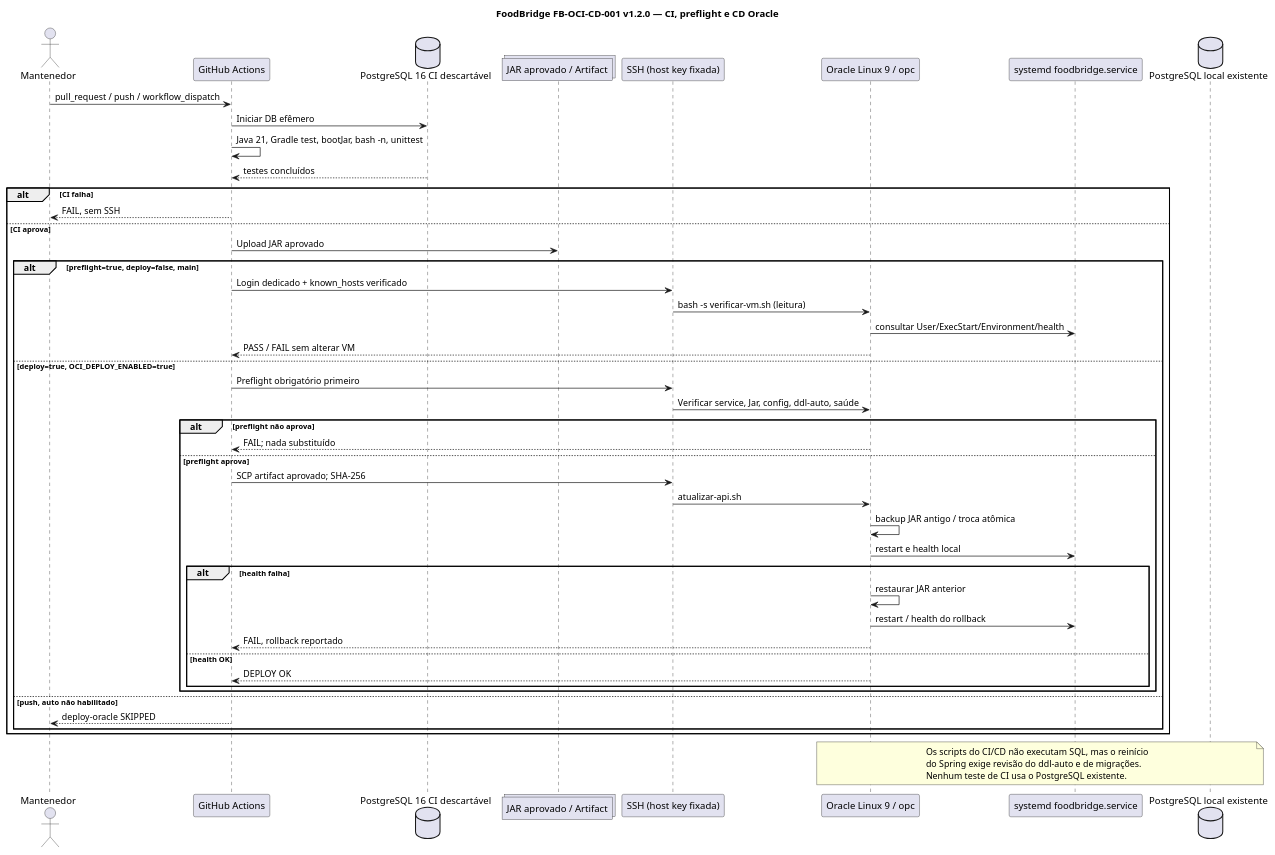
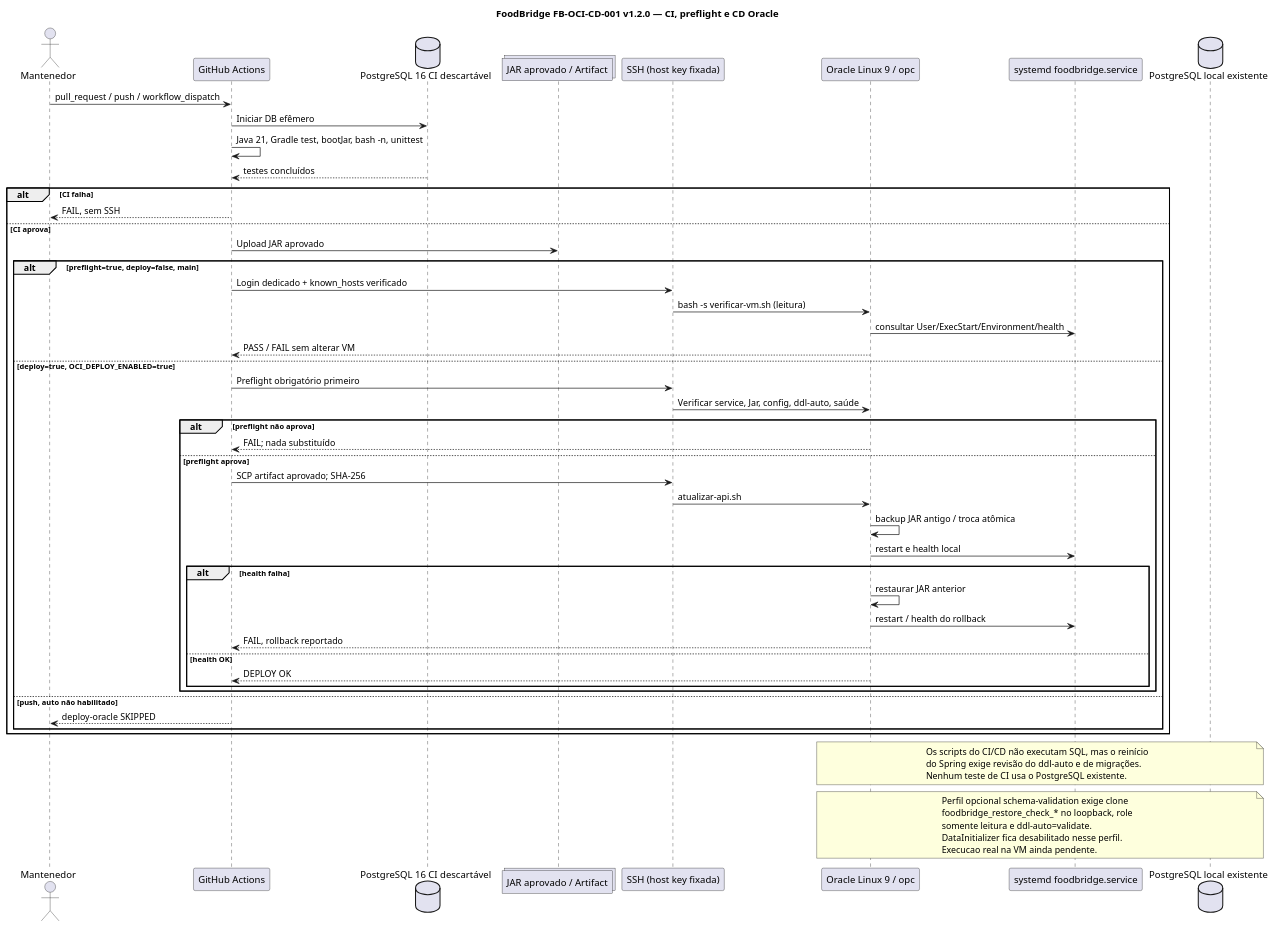
One commit to DanieldeAlmeida2024/FoodBridge-API-Kotlin changed the diagram in docs/uml/17_pipeline_oracle_cicd.puml. Above: the diagram before and after it, drawn with PlantUML. The commit also changed 4 other files, not shown here.

Commit message:
docs(oracle): version clone-only Hibernate validation safety and test plan

```diff
--- a/docs/uml/17_pipeline_oracle_cicd.puml
+++ b/docs/uml/17_pipeline_oracle_cicd.puml
@@ -1,52 +1,59 @@
 @startuml
 title FoodBridge FB-OCI-CD-001 v1.2.0 — CI, preflight e CD Oracle
 actor "Mantenedor" as Maintainer
 participant "GitHub Actions" as GH
 database "PostgreSQL 16 CI descartável" as CIPG
 collections "JAR aprovado / Artifact" as Artifact
 participant "SSH (host key fixada)" as SSH
 participant "Oracle Linux 9 / opc" as VM
 participant "systemd foodbridge.service" as Service
 database "PostgreSQL local existente" as ProdPG
 
 Maintainer -> GH : pull_request / push / workflow_dispatch
 GH -> CIPG : Iniciar DB efêmero
 GH -> GH : Java 21, Gradle test, bootJar, bash -n, unittest
 CIPG --> GH : testes concluídos
 alt CI falha
   GH --> Maintainer : FAIL, sem SSH
 else CI aprova
   GH -> Artifact : Upload JAR aprovado
   alt preflight=true, deploy=false, main
     GH -> SSH : Login dedicado + known_hosts verificado
     SSH -> VM : bash -s verificar-vm.sh (leitura)
     VM -> Service : consultar User/ExecStart/Environment/health
     VM --> GH : PASS / FAIL sem alterar VM
   else deploy=true, OCI_DEPLOY_ENABLED=true
     GH -> SSH : Preflight obrigatório primeiro
     SSH -> VM : Verificar service, Jar, config, ddl-auto, saúde
     alt preflight não aprova
       VM --> GH : FAIL; nada substituído
     else preflight aprova
       GH -> SSH : SCP artifact aprovado; SHA-256
       SSH -> VM : atualizar-api.sh
       VM -> VM : backup JAR antigo / troca atômica
       VM -> Service : restart e health local
       alt health falha
         VM -> VM : restaurar JAR anterior
         VM -> Service : restart / health do rollback
         VM --> GH : FAIL, rollback reportado
       else health OK
         VM --> GH : DEPLOY OK
       end
     end
   else push, auto não habilitado
     GH --> Maintainer : deploy-oracle SKIPPED
   end
 end
 note over VM,ProdPG
 Os scripts do CI/CD não executam SQL, mas o reinício
 do Spring exige revisão do ddl-auto e de migrações.
 Nenhum teste de CI usa o PostgreSQL existente.
 end note
+note over VM,ProdPG
+Perfil opcional schema-validation exige clone
+foodbridge_restore_check_* no loopback, role
+somente leitura e ddl-auto=validate.
+DataInitializer fica desabilitado nesse perfil.
+Execucao real na VM ainda pendente.
+end note
 @enduml
```
